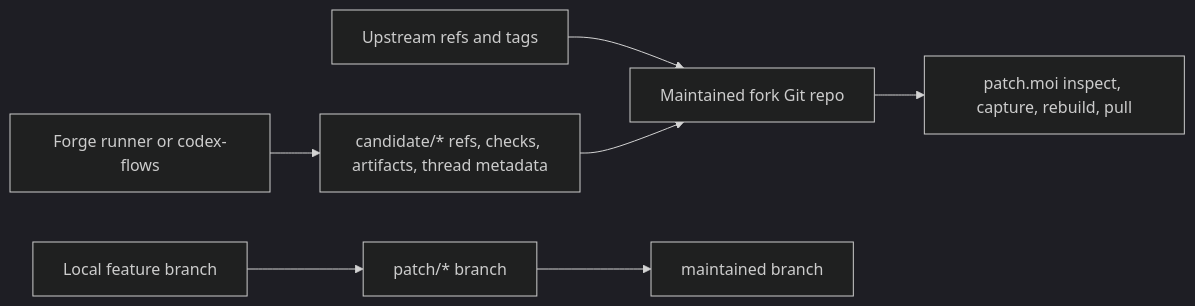
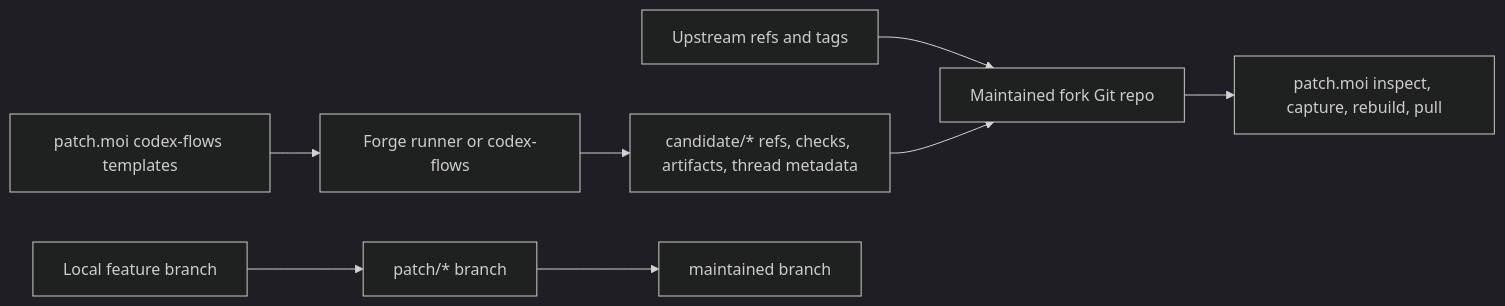
One commit to peezy-tech/patch.moi changed the diagram in docs/pages/index.md. Above: the diagram before and after it, drawn with Mermaid (dark theme). The commit also changed other lines of this file and 20 other files, not shown here.

Commit message:
Add codex flows patch templates

````diff
--- a/docs/pages/index.md
+++ b/docs/pages/index.md
@@ -20,9 +21,10 @@
 ```mermaid
 flowchart LR
   Upstream["Upstream refs and tags"] --> Git["Maintained fork Git repo"]
   Feature["Local feature branch"] --> Patch["patch/* branch"]
   Runner["Forge runner or codex-flows"] --> Candidate["candidate/* refs, checks, artifacts, thread metadata"]
+  Templates["patch.moi codex-flows templates"] --> Runner
   Patch --> Main["maintained branch"]
   Candidate --> Git
   Git --> Inspect["patch.moi inspect, capture, rebuild, pull"]
 ```
````
